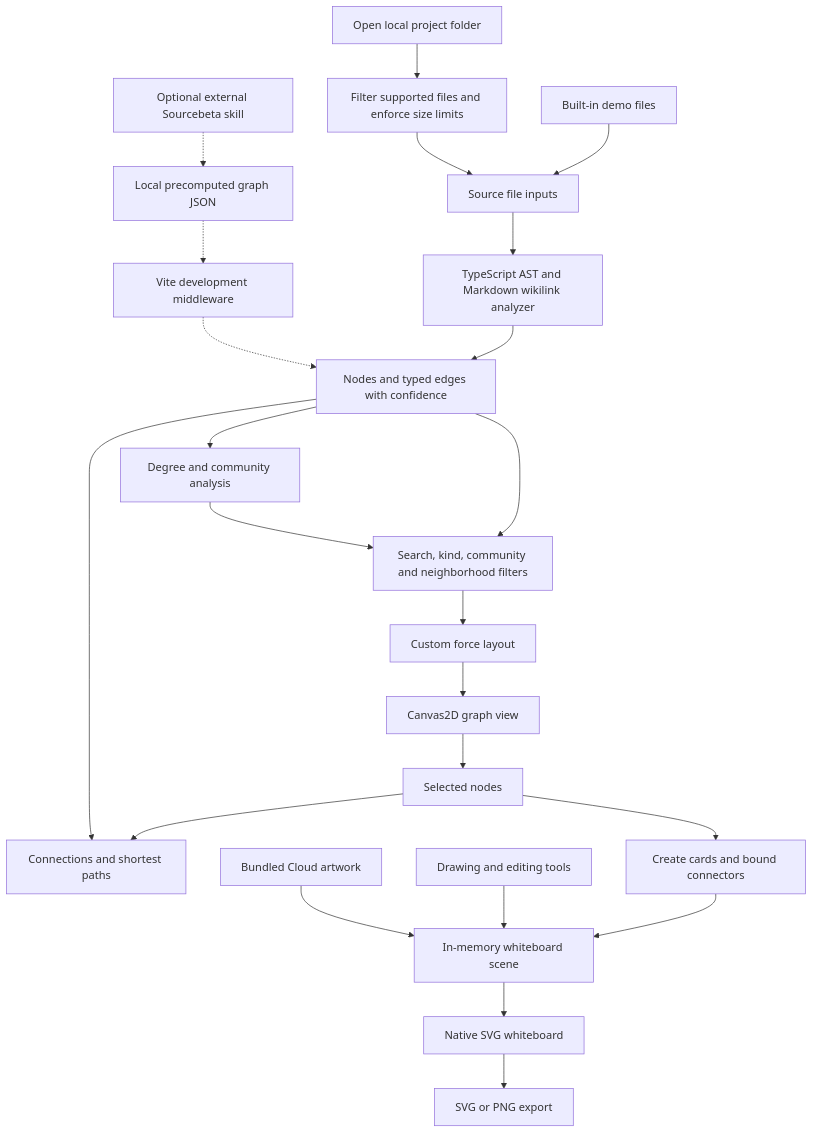
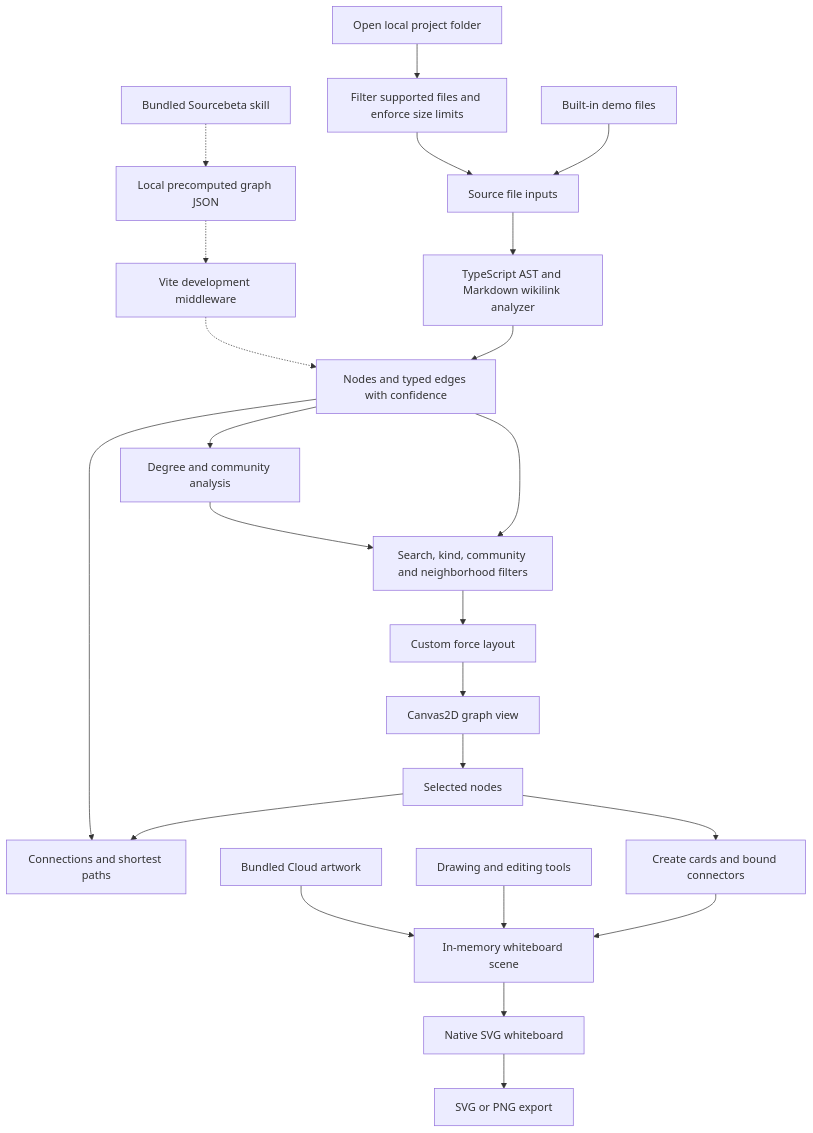
One commit to vedantparmar12/sourcebeta changed the first of 2 diagrams in README.md. Above: the diagram before and after it, drawn with Mermaid. The commit also changed other lines of this file and 3 other files, not shown here.

First line of the commit message:
Add Claude Code skill for graph-guided problem solving

````diff
--- a/README.md
+++ b/README.md
@@ -65,25 +65,25 @@
 ```mermaid
 flowchart TD
     Demo[Built-in demo files] --> Inputs[Source file inputs]
     Folder[Open local project folder] --> Loader[Filter supported files and enforce size limits]
     Loader --> Inputs
     Inputs --> Analyzer[TypeScript AST and Markdown wikilink analyzer]
     Analyzer --> Graph[Nodes and typed edges with confidence]
     Graph --> Analytics[Degree and community analysis]
     Graph --> Filters[Search, kind, community and neighborhood filters]
     Analytics --> Filters
     Filters --> Layout[Custom force layout]
     Layout --> View[Canvas2D graph view]
     View --> Selection[Selected nodes]
     Selection --> Details[Connections and shortest paths]
     Graph --> Details
     Selection --> Convert[Create cards and bound connectors]
     Convert --> Scene[In-memory whiteboard scene]
     Tools[Drawing and editing tools] --> Scene
     Cloud[Bundled Cloud artwork] --> Scene
     Scene --> SVG[Native SVG whiteboard]
     SVG --> Export[SVG or PNG export]
-    Helper[Optional external Sourcebeta skill] -.-> Payload[Local precomputed graph JSON]
+    Helper[Bundled Sourcebeta skill] -.-> Payload[Local precomputed graph JSON]
     Payload -.-> API[Vite development middleware]
     API -.-> Graph
 ```
````
